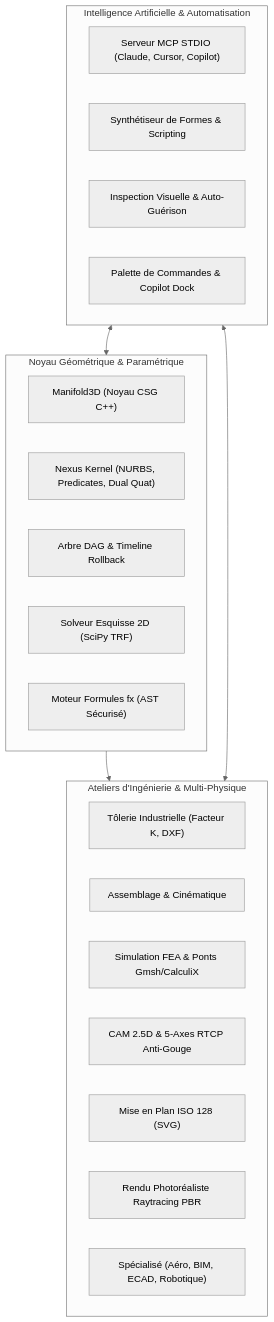
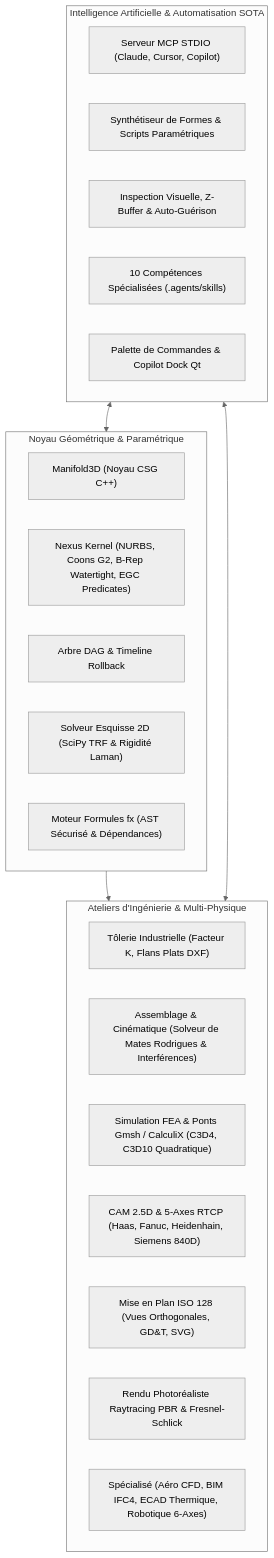
The diagram in README.md (jbrandonp/radiant-darwin), drawn with Mermaid (neutral theme) before and after one commit. The commit also changed other lines of this file, not shown here.

Commit message:
docs(readme): update metrics, 10 agent skills, 864 tests, and breakthrough architecture

````diff
--- a/README.md
+++ b/README.md
@@ -21,31 +21,32 @@
 ```mermaid
 graph TD
     subgraph Core ["Noyau Géométrique & Paramétrique"]
         M3D["Manifold3D (Noyau CSG C++)"]
-        NEXUS["Nexus Kernel (NURBS, Predicates, Dual Quat)"]
+        NEXUS["Nexus Kernel (NURBS, Coons G2, B-Rep Watertight, EGC Predicates)"]
         DAG["Arbre DAG & Timeline Rollback"]
-        SOLV["Solveur Esquisse 2D (SciPy TRF)"]
-        FX["Moteur Formules fx (AST Sécurisé)"]
+        SOLV["Solveur Esquisse 2D (SciPy TRF & Rigidité Laman)"]
+        FX["Moteur Formules fx (AST Sécurisé & Dépendances)"]
     end
 
     subgraph Engineering ["Ateliers d'Ingénierie & Multi-Physique"]
-        SM["Tôlerie Industrielle (Facteur K, DXF)"]
-        ASS["Assemblage & Cinématique"]
-        FEA["Simulation FEA & Ponts Gmsh/CalculiX"]
-        CAM["CAM 2.5D & 5-Axes RTCP Anti-Gouge"]
-        DRW["Mise en Plan ISO 128 (SVG)"]
-        PBR["Rendu Photoréaliste Raytracing PBR"]
-        SPEC["Spécialisé (Aéro, BIM, ECAD, Robotique)"]
+        SM["Tôlerie Industrielle (Facteur K, Flans Plats DXF)"]
+        ASS["Assemblage & Cinématique (Solveur de Mates Rodrigues & Interférences)"]
+        FEA["Simulation FEA & Ponts Gmsh / CalculiX (C3D4, C3D10 Quadratique)"]
+        CAM["CAM 2.5D & 5-Axes RTCP (Haas, Fanuc, Heidenhain, Siemens 840D)"]
+        DRW["Mise en Plan ISO 128 (Vues Orthogonales, GD&T, SVG)"]
+        PBR["Rendu Photoréaliste Raytracing PBR & Fresnel-Schlick"]
+        SPEC["Spécialisé (Aéro CFD, BIM IFC4, ECAD Thermique, Robotique 6-Axes)"]
     end
 
-    subgraph AI ["Intelligence Artificielle & Automatisation"]
+    subgraph AI ["Intelligence Artificielle & Automatisation SOTA"]
         MCP["Serveur MCP STDIO (Claude, Cursor, Copilot)"]
-        SYNTH["Synthétiseur de Formes & Scripting"]
-        VIS["Inspection Visuelle & Auto-Guérison"]
-        UI_AI["Palette de Commandes & Copilot Dock"]
+        SYNTH["Synthétiseur de Formes & Scripts Paramétriques"]
+        VIS["Inspection Visuelle, Z-Buffer & Auto-Guérison"]
+        SKILLS["10 Compétences Spécialisées (.agents/skills)"]
+        UI_AI["Palette de Commandes & Copilot Dock Qt"]
     end
 
     Core --> Engineering
     AI <--> Core
     AI <--> Engineering
 ```
````
